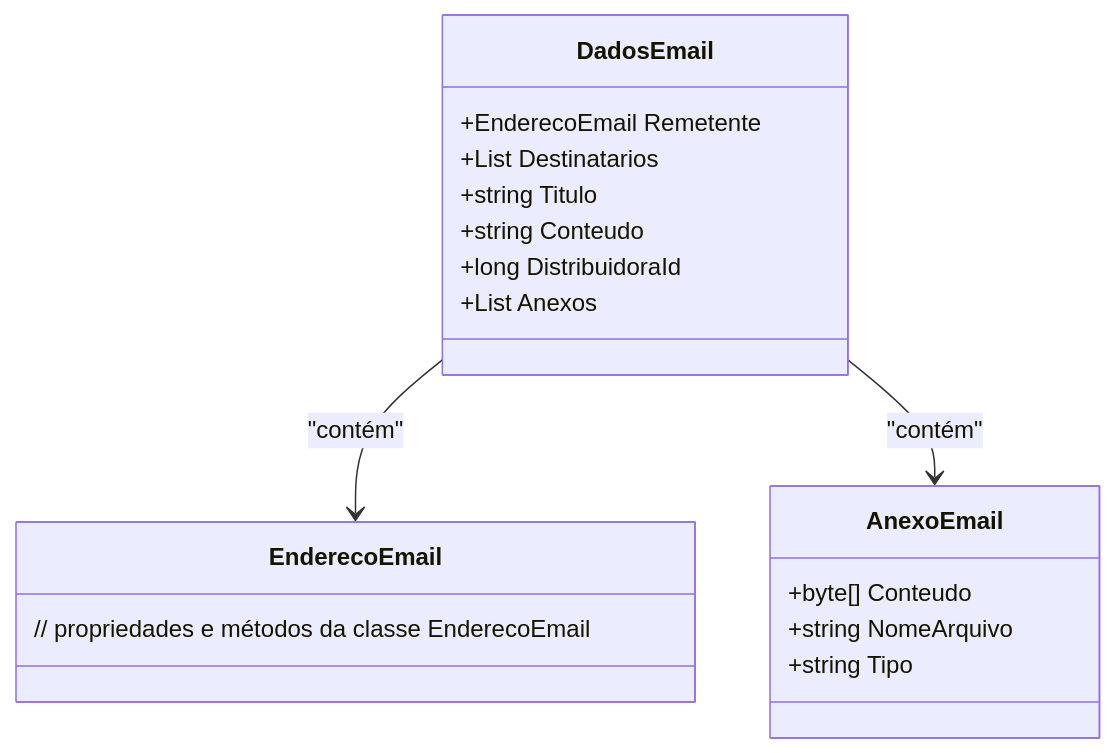
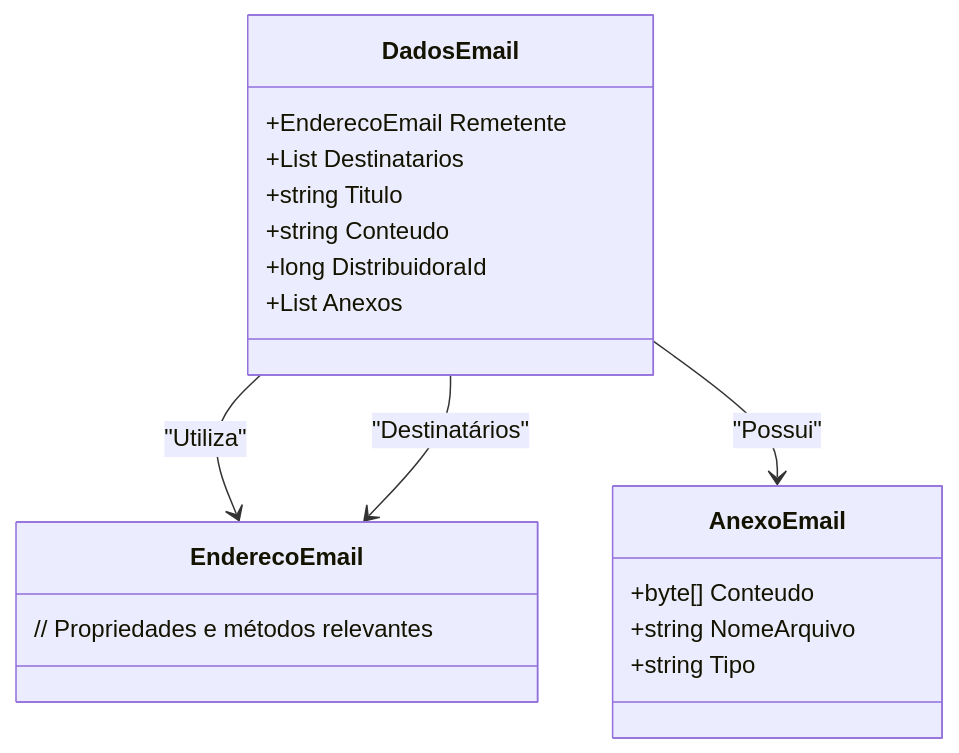
One commit to IsthmusSistemas/documentacao-tecnica changed the diagram in docs/b2b-dominio/IsthmusWinthor.Nucleo/IsthmusWinthor.Dominio/POCO/DadosEmail.md. Above: the diagram before and after it, drawn with Mermaid. The commit also changed other lines of this file and 882 other files, not shown here.

````diff
--- a/docs/b2b-dominio/IsthmusWinthor.Nucleo/IsthmusWinthor.Dominio/POCO/DadosEmail.md
+++ b/docs/b2b-dominio/IsthmusWinthor.Nucleo/IsthmusWinthor.Dominio/POCO/DadosEmail.md
@@ -29,22 +25,25 @@
 ```mermaid
 classDiagram
     class DadosEmail {
         +EnderecoEmail Remetente
         +List<EnderecoEmail> Destinatarios
         +string Titulo
         +string Conteudo
         +long DistribuidoraId
         +List<AnexoEmail> Anexos
     }
+
     class EnderecoEmail {
-        // propriedades e métodos da classe EnderecoEmail
+        // Propriedades e métodos relevantes
     }
+
     class AnexoEmail {
         +byte[] Conteudo
         +string NomeArquivo
         +string Tipo
     }
-    
-    DadosEmail --> EnderecoEmail : "contém"
-    DadosEmail --> AnexoEmail : "contém"
+
+    DadosEmail --> EnderecoEmail : "Utiliza"
+    DadosEmail --> AnexoEmail : "Possui"
+    DadosEmail --> EnderecoEmail : "Destinatários"
 ```
````
